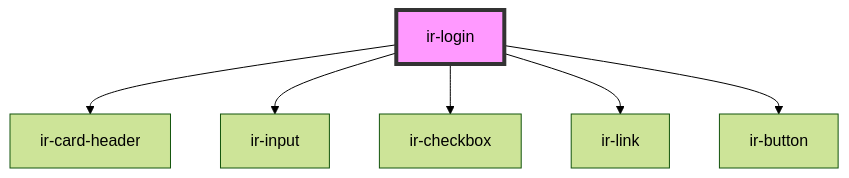
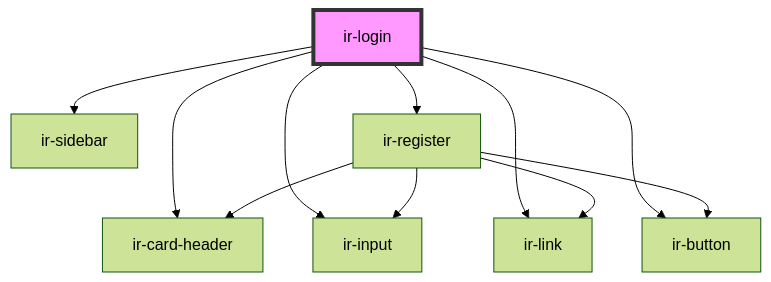
One commit to David1Chowaifaty/assignment-2-web-c changed the diagram in src/components/ir-login/readme.md. Above: the diagram before and after it, drawn with Mermaid (forest theme). The commit also changed other lines of this file and 10 other files, not shown here.

````diff
--- a/src/components/ir-login/readme.md
+++ b/src/components/ir-login/readme.md
@@ -26,9 +28,14 @@
 ```mermaid
 graph TD;
   ir-login --> ir-card-header
   ir-login --> ir-input
-  ir-login --> ir-checkbox
   ir-login --> ir-link
   ir-login --> ir-button
+  ir-login --> ir-sidebar
+  ir-login --> ir-register
+  ir-register --> ir-card-header
+  ir-register --> ir-input
+  ir-register --> ir-button
+  ir-register --> ir-link
   style ir-login fill:#f9f,stroke:#333,stroke-width:4px
 ```
````
